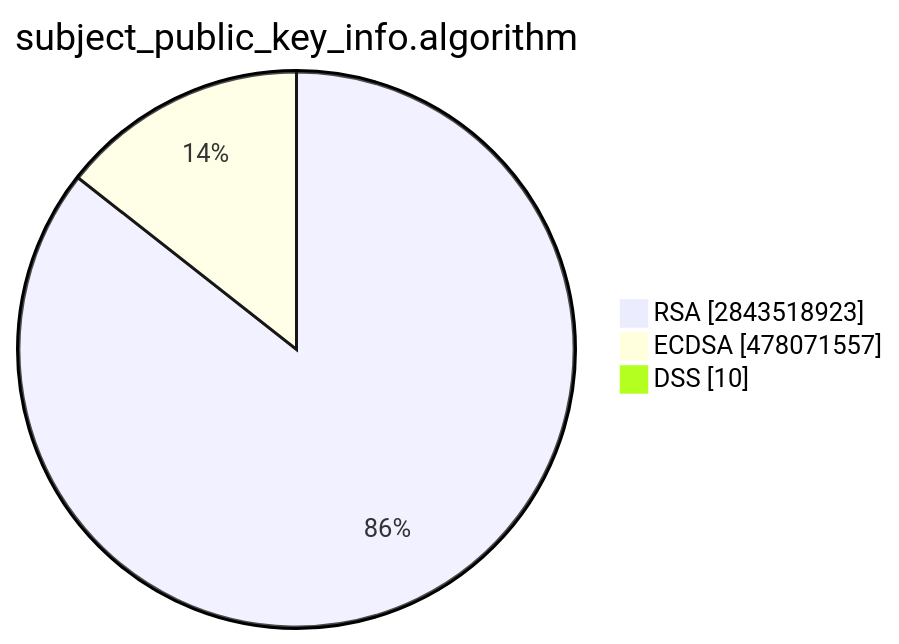
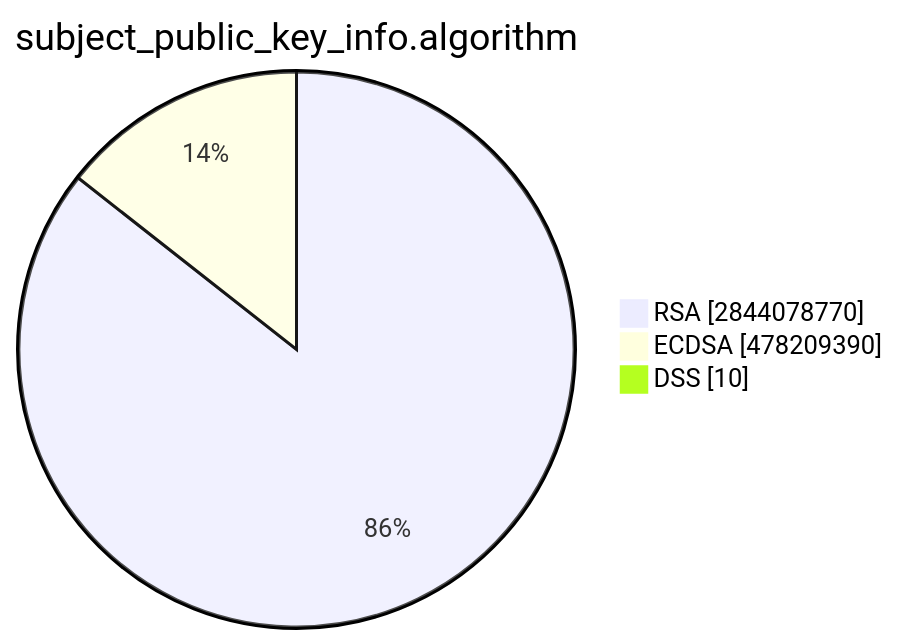
Before and after one commit to christiankrug/ctmonitor_visualization: the second of 15 diagrams in TOTAL/README.md, drawn with Mermaid. The commit also changed other lines of this file, not shown here.

````diff
--- a/TOTAL/README.md
+++ b/TOTAL/README.md
@@ -6,7 +6,7 @@
 ```mermaid
 pie showData
 title subject_public_key_info.algorithm
-"RSA" :2843518923
-"ECDSA" :478071557
+"RSA" :2844078770
+"ECDSA" :478209390
 "DSS" :10
 ```
````
